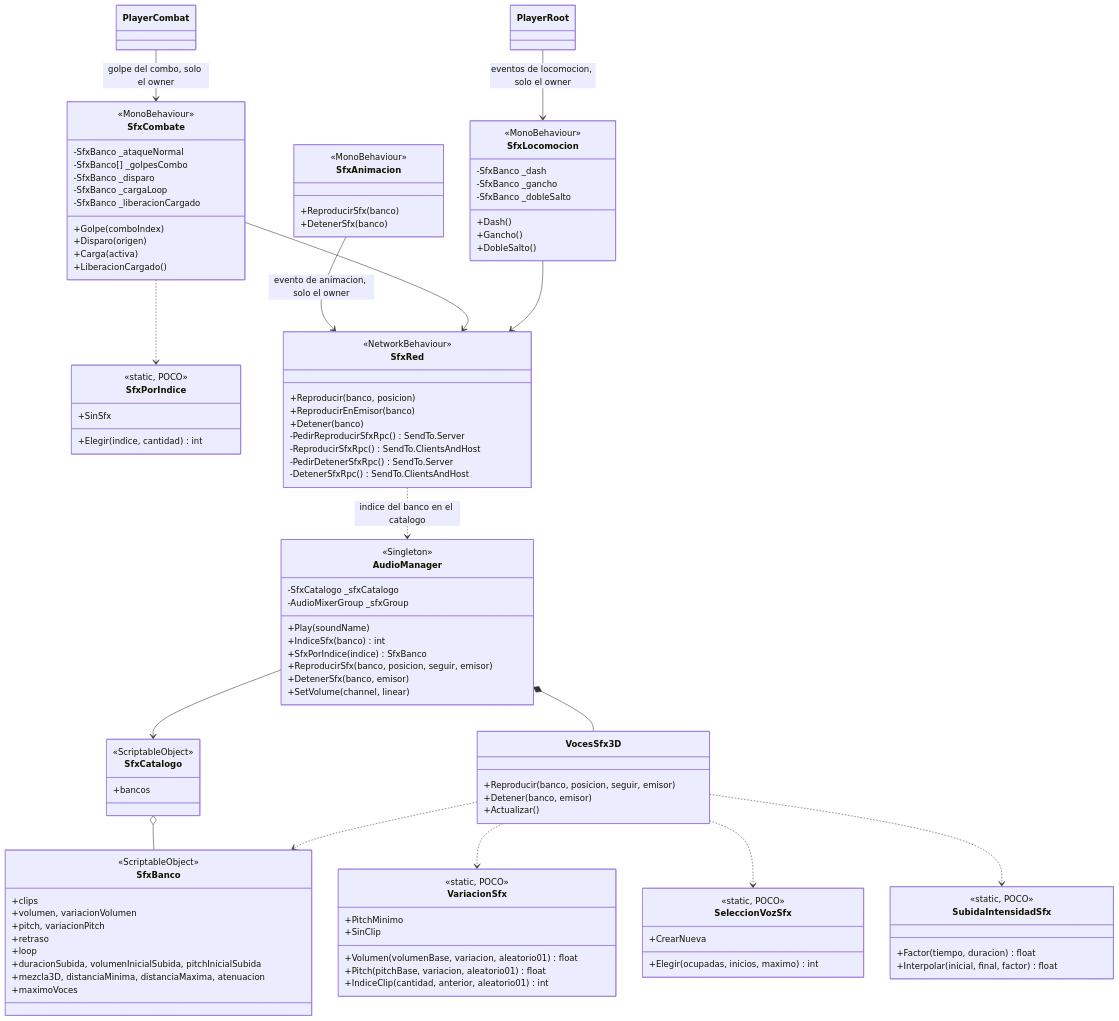
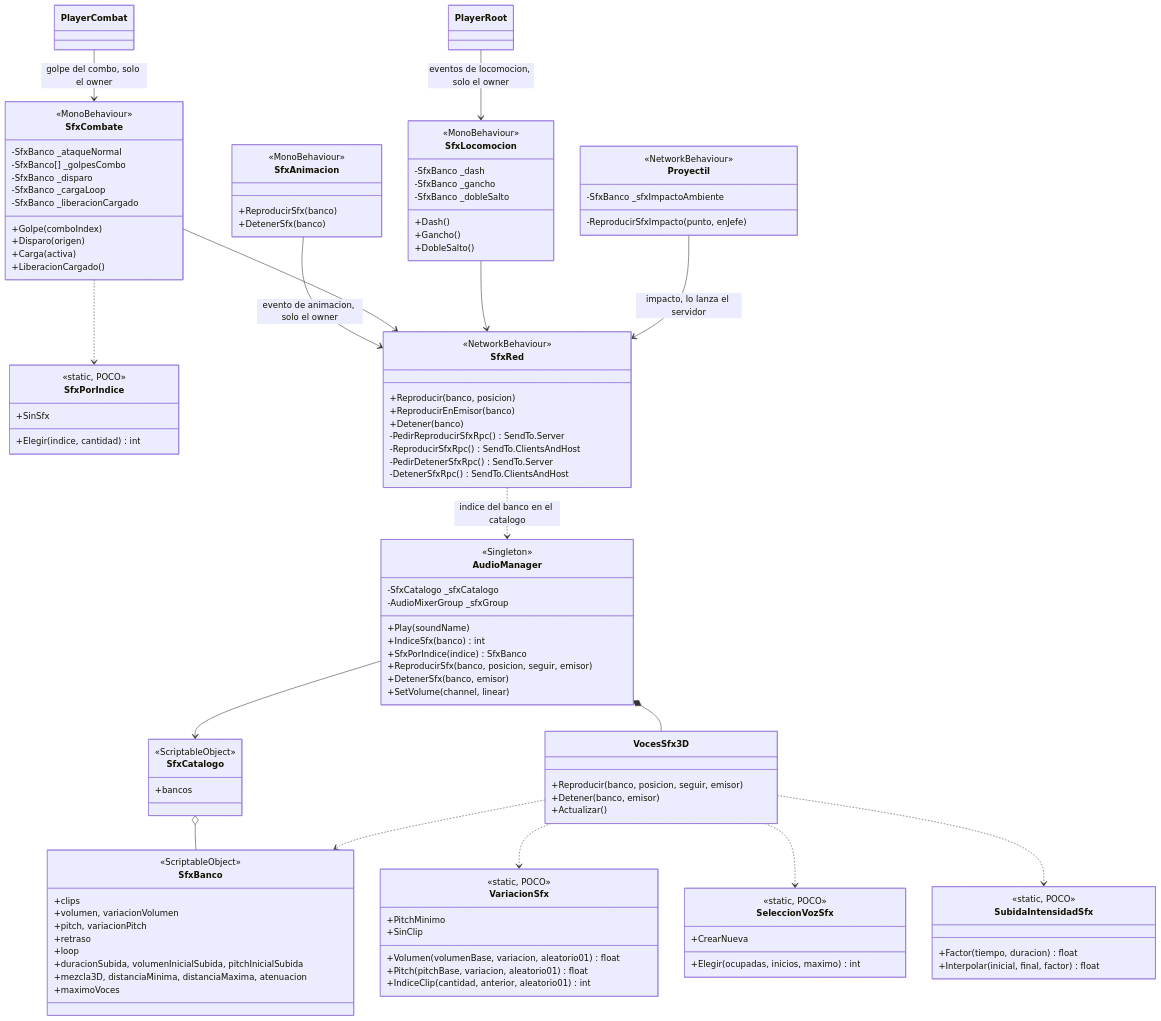
Before and after one commit to VicBojoDev10/DeathOfMeaningRepo: the diagram in docs/diagrams/audio.mermaid, drawn with Mermaid.

Commit message:
doc: add bullet impact sound to the audio diagram

```diff
--- a/docs/diagrams/audio.mermaid
+++ b/docs/diagrams/audio.mermaid
@@ -1,117 +1,124 @@
 classDiagram
     class VariacionSfx {
         <<static, POCO>>
         +PitchMinimo
         +SinClip
         +Volumen(volumenBase, variacion, aleatorio01) float
         +Pitch(pitchBase, variacion, aleatorio01) float
         +IndiceClip(cantidad, anterior, aleatorio01) int
     }
 
     class SeleccionVozSfx {
         <<static, POCO>>
         +CrearNueva
         +Elegir(ocupadas, inicios, maximo) int
     }
 
     class SfxPorIndice {
         <<static, POCO>>
         +SinSfx
         +Elegir(indice, cantidad) int
     }
 
     class SfxCombate {
         <<MonoBehaviour>>
         -SfxBanco _ataqueNormal
         -SfxBanco[] _golpesCombo
         -SfxBanco _disparo
         -SfxBanco _cargaLoop
         -SfxBanco _liberacionCargado
         +Golpe(comboIndex)
         +Disparo(origen)
         +Carga(activa)
         +LiberacionCargado()
     }
 
     class SfxLocomocion {
         <<MonoBehaviour>>
         -SfxBanco _dash
         -SfxBanco _gancho
         -SfxBanco _dobleSalto
         +Dash()
         +Gancho()
         +DobleSalto()
+    }
+
+    class Proyectil {
+        <<NetworkBehaviour>>
+        -SfxBanco _sfxImpactoAmbiente
+        -ReproducirSfxImpacto(punto, enJefe)
     }
 
     class SubidaIntensidadSfx {
         <<static, POCO>>
         +Factor(tiempo, duracion) float
         +Interpolar(inicial, final, factor) float
     }
 
     class SfxBanco {
         <<ScriptableObject>>
         +clips
         +volumen, variacionVolumen
         +pitch, variacionPitch
         +retraso
         +loop
         +duracionSubida, volumenInicialSubida, pitchInicialSubida
         +mezcla3D, distanciaMinima, distanciaMaxima, atenuacion
         +maximoVoces
     }
 
     class SfxCatalogo {
         <<ScriptableObject>>
         +bancos
     }
 
     class AudioManager {
         <<Singleton>>
         -SfxCatalogo _sfxCatalogo
         -AudioMixerGroup _sfxGroup
         +Play(soundName)
         +IndiceSfx(banco) int
         +SfxPorIndice(indice) SfxBanco
         +ReproducirSfx(banco, posicion, seguir, emisor)
         +DetenerSfx(banco, emisor)
         +SetVolume(channel, linear)
     }
 
     class VocesSfx3D {
         +Reproducir(banco, posicion, seguir, emisor)
         +Detener(banco, emisor)
         +Actualizar()
     }
 
     class SfxRed {
         <<NetworkBehaviour>>
         +Reproducir(banco, posicion)
         +ReproducirEnEmisor(banco)
         +Detener(banco)
         -PedirReproducirSfxRpc() SendTo.Server
         -ReproducirSfxRpc() SendTo.ClientsAndHost
         -PedirDetenerSfxRpc() SendTo.Server
         -DetenerSfxRpc() SendTo.ClientsAndHost
     }
 
     class SfxAnimacion {
         <<MonoBehaviour>>
         +ReproducirSfx(banco)
         +DetenerSfx(banco)
     }
 
     SfxCatalogo o-- SfxBanco
     AudioManager --> SfxCatalogo
     AudioManager *-- VocesSfx3D
     VocesSfx3D ..> VariacionSfx
     VocesSfx3D ..> SeleccionVozSfx
     VocesSfx3D ..> SfxBanco
     SfxRed ..> AudioManager : indice del banco en el catalogo
     SfxAnimacion --> SfxRed : evento de animacion, solo el owner
     PlayerCombat --> SfxCombate : golpe del combo, solo el owner
     SfxCombate ..> SfxPorIndice
     SfxCombate --> SfxRed
     VocesSfx3D ..> SubidaIntensidadSfx
     PlayerRoot --> SfxLocomocion : eventos de locomocion, solo el owner
     SfxLocomocion --> SfxRed
+    Proyectil --> SfxRed : impacto, lo lanza el servidor
```
